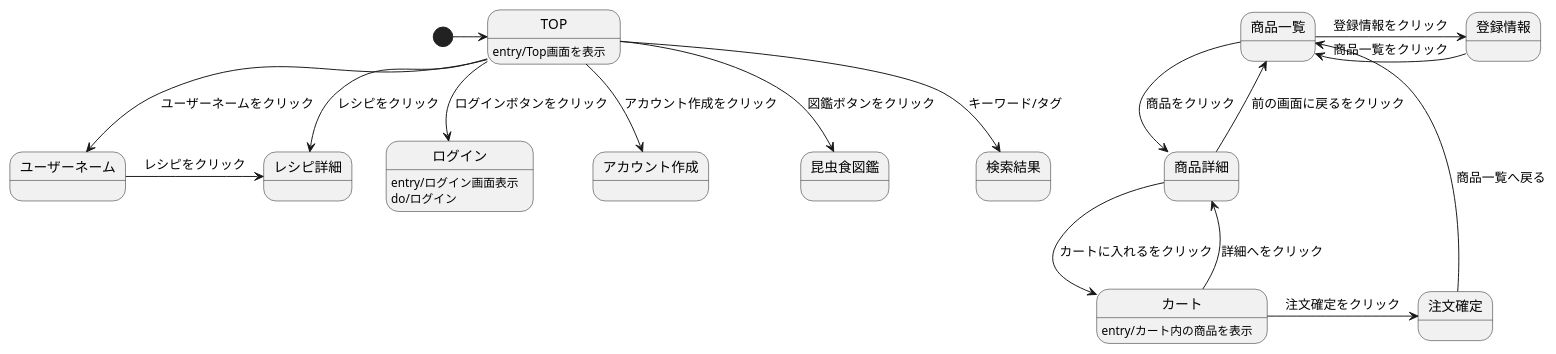
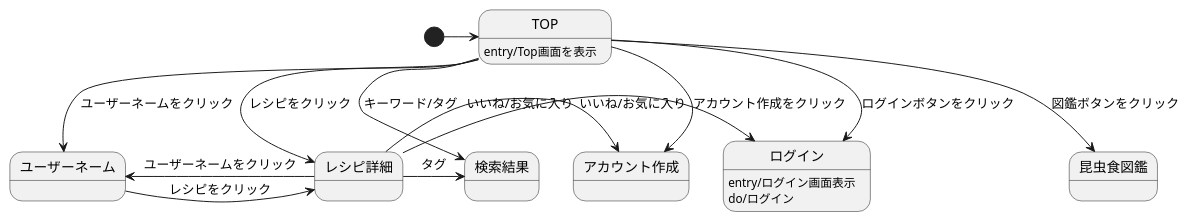
One commit to ASO2001040/bugbug-design changed the diagram in ScreenTransitionDiagram.md. Above: the diagram before and after it, drawn with PlantUML.

````diff
--- a/ScreenTransitionDiagram.md
+++ b/ScreenTransitionDiagram.md
@@ -1,25 +1,20 @@
 ```uml
 @startuml
 [*]->TOP
 
 TOP : entry/Top画面を表示
 TOP-->ログイン: ログインボタンをクリック
 TOP-->アカウント作成: アカウント作成をクリック
 TOP-->昆虫食図鑑: 図鑑ボタンをクリック
 TOP-->ユーザーネーム: ユーザーネームをクリック
 TOP-->レシピ詳細: レシピをクリック
 TOP-->検索結果: キーワード/タグ
 ユーザーネーム->レシピ詳細: レシピをクリック
+レシピ詳細->ユーザーネーム: ユーザーネームをクリック
+レシピ詳細->検索結果: タグ
+レシピ詳細->アカウント作成: いいね/お気に入り
+レシピ詳細->ログイン: いいね/お気に入り
 ログイン: entry/ログイン画面表示
 ログイン : do/ログイン
-カート: entry/カート内の商品を表示
-商品一覧->商品詳細: 商品をクリック
-商品詳細-->商品一覧: 前の画面に戻るをクリック
-商品一覧->登録情報: 登録情報をクリック
-登録情報->商品一覧: 商品一覧をクリック
-商品詳細-->カート: カートに入れるをクリック
-カート-->商品詳細: 詳細へをクリック
-カート->注文確定: 注文確定をクリック
-注文確定->商品一覧: 商品一覧へ戻る
 @enduml
 ```
````
